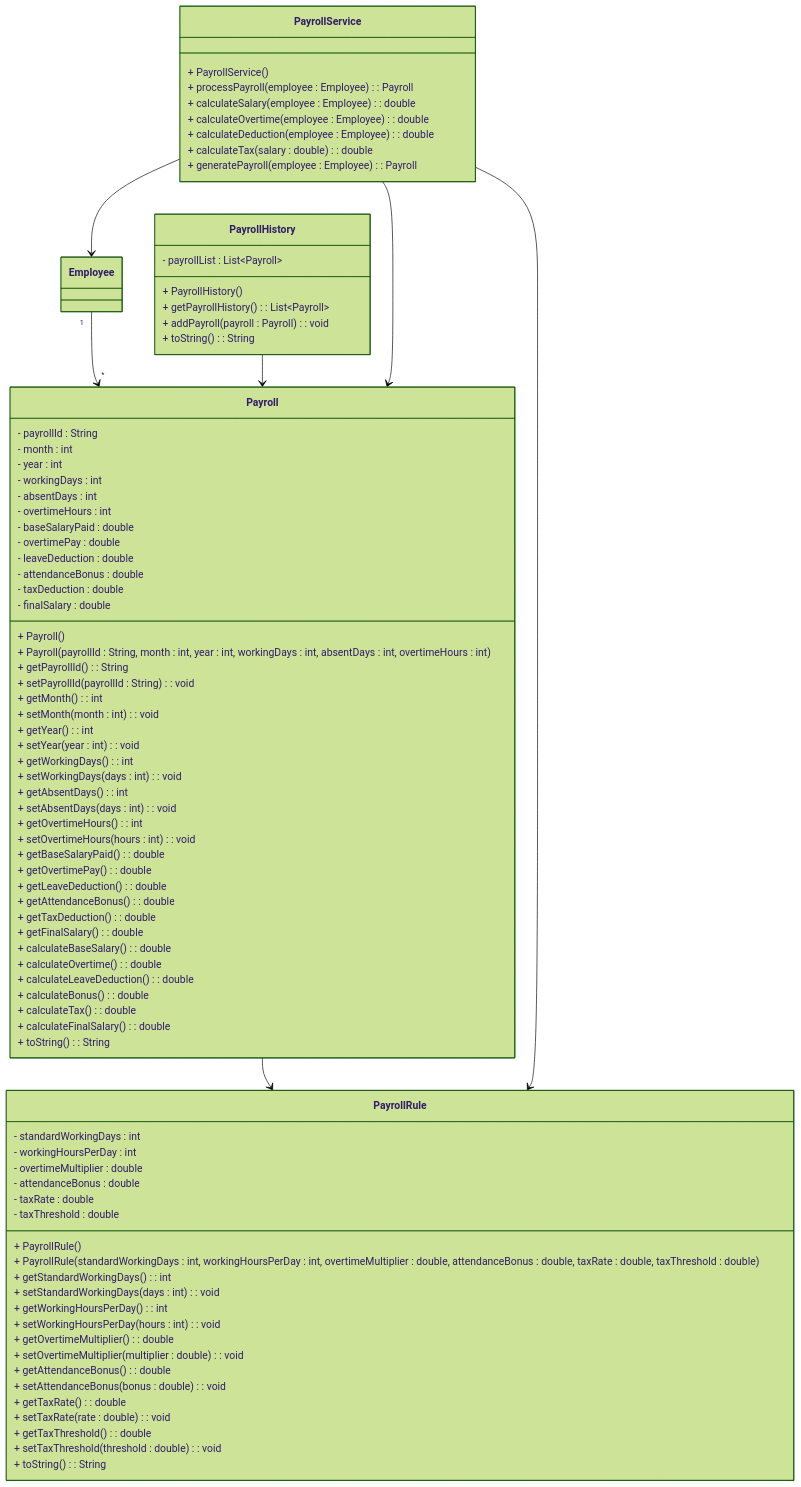
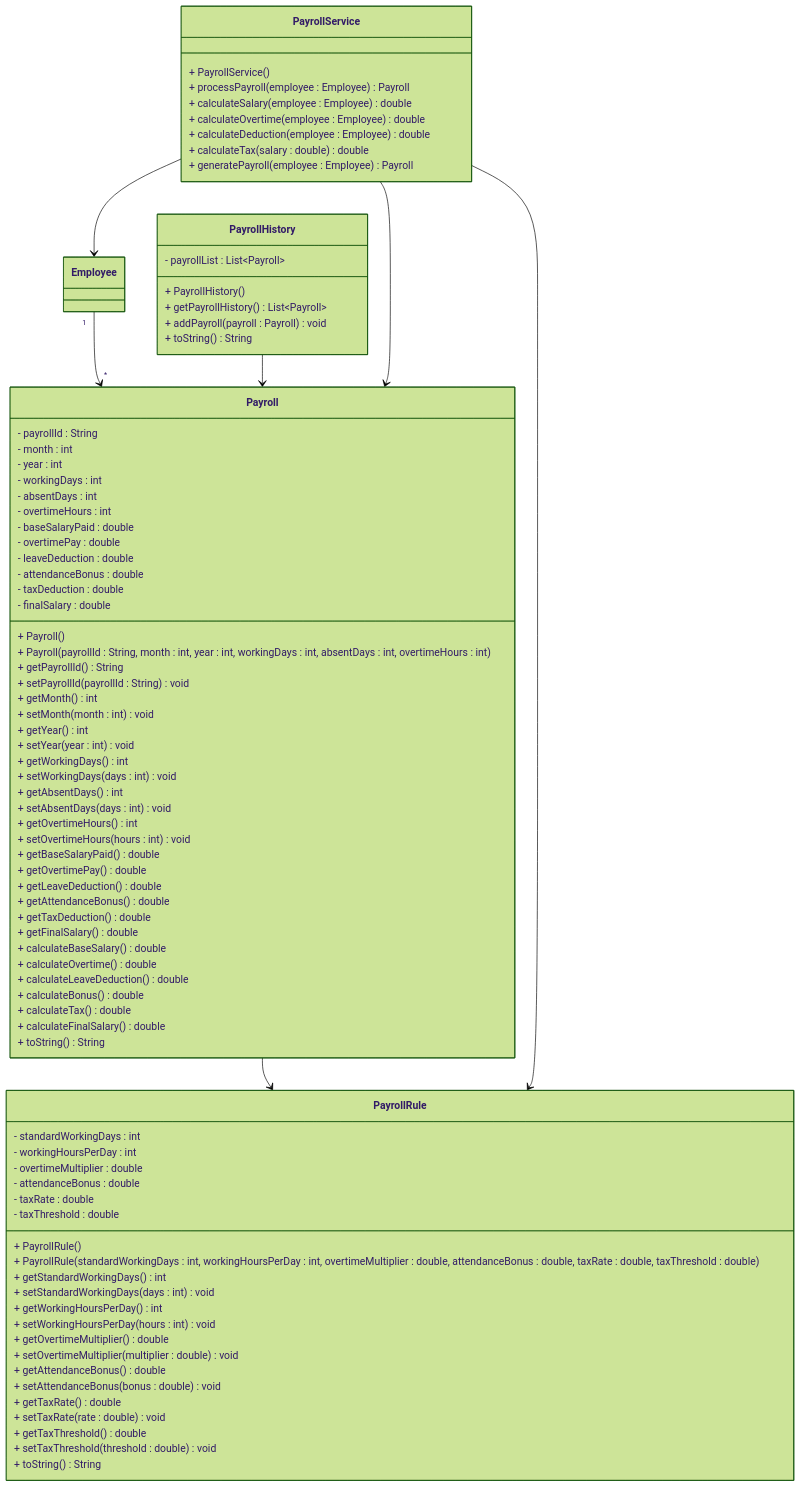
The diagram in docs/diagrams/class 4.md (kincrimson987/LAB211-Nhom-5), drawn with Mermaid (forest theme) before and after one commit.

Commit message:
Update class 4.md

```diff
--- a/docs/diagrams/class 4.md
+++ b/docs/diagrams/class 4.md
@@ -19,39 +19,39 @@
     + Payroll()
     + Payroll(payrollId : String, month : int, year : int, workingDays : int, absentDays : int, overtimeHours : int)
 
-    + getPayrollId() : String
-    + setPayrollId(payrollId : String) : void
+    + getPayrollId() String
+    + setPayrollId(payrollId : String) void
 
-    + getMonth() : int
-    + setMonth(month : int) : void
+    + getMonth() int
+    + setMonth(month : int) void
 
-    + getYear() : int
-    + setYear(year : int) : void
+    + getYear() int
+    + setYear(year : int) void
 
-    + getWorkingDays() : int
-    + setWorkingDays(days : int) : void
+    + getWorkingDays() int
+    + setWorkingDays(days : int) void
 
-    + getAbsentDays() : int
-    + setAbsentDays(days : int) : void
+    + getAbsentDays() int
+    + setAbsentDays(days : int) void
 
-    + getOvertimeHours() : int
-    + setOvertimeHours(hours : int) : void
+    + getOvertimeHours() int
+    + setOvertimeHours(hours : int) void
 
-    + getBaseSalaryPaid() : double
-    + getOvertimePay() : double
-    + getLeaveDeduction() : double
-    + getAttendanceBonus() : double
-    + getTaxDeduction() : double
-    + getFinalSalary() : double
+    + getBaseSalaryPaid() double
+    + getOvertimePay() double
+    + getLeaveDeduction() double
+    + getAttendanceBonus() double
+    + getTaxDeduction() double
+    + getFinalSalary() double
 
-    + calculateBaseSalary() : double
-    + calculateOvertime() : double
-    + calculateLeaveDeduction() : double
-    + calculateBonus() : double
-    + calculateTax() : double
-    + calculateFinalSalary() : double
+    + calculateBaseSalary() double
+    + calculateOvertime() double
+    + calculateLeaveDeduction() double
+    + calculateBonus() double
+    + calculateTax() double
+    + calculateFinalSalary() double
 
-    + toString() : String
+    + toString() String
 }
 
 class PayrollRule {
@@ -65,25 +65,25 @@
     + PayrollRule()
     + PayrollRule(standardWorkingDays : int, workingHoursPerDay : int, overtimeMultiplier : double, attendanceBonus : double, taxRate : double, taxThreshold : double)
 
-    + getStandardWorkingDays() : int
-    + setStandardWorkingDays(days : int) : void
+    + getStandardWorkingDays() int
+    + setStandardWorkingDays(days : int) void
 
-    + getWorkingHoursPerDay() : int
-    + setWorkingHoursPerDay(hours : int) : void
+    + getWorkingHoursPerDay() int
+    + setWorkingHoursPerDay(hours : int) void
 
-    + getOvertimeMultiplier() : double
-    + setOvertimeMultiplier(multiplier : double) : void
+    + getOvertimeMultiplier() double
+    + setOvertimeMultiplier(multiplier : double) void
 
-    + getAttendanceBonus() : double
-    + setAttendanceBonus(bonus : double) : void
+    + getAttendanceBonus() double
+    + setAttendanceBonus(bonus : double) void
 
-    + getTaxRate() : double
-    + setTaxRate(rate : double) : void
+    + getTaxRate() double
+    + setTaxRate(rate : double) void
 
-    + getTaxThreshold() : double
-    + setTaxThreshold(threshold : double) : void
+    + getTaxThreshold() double
+    + setTaxThreshold(threshold : double) void
 
-    + toString() : String
+    + toString() String
 }
 
 class PayrollHistory {
@@ -91,20 +91,20 @@
 
     + PayrollHistory()
 
-    + getPayrollHistory() : List~Payroll~
-    + addPayroll(payroll : Payroll) : void
+    + getPayrollHistory() List~Payroll~
+    + addPayroll(payroll : Payroll) void
 
-    + toString() : String
+    + toString() String
 }
 
 class PayrollService {
     + PayrollService()
-    + processPayroll(employee : Employee) : Payroll
-    + calculateSalary(employee : Employee) : double
-    + calculateOvertime(employee : Employee) : double
-    + calculateDeduction(employee : Employee) : double
-    + calculateTax(salary : double) : double
-    + generatePayroll(employee : Employee) : Payroll
+    + processPayroll(employee : Employee) Payroll
+    + calculateSalary(employee : Employee) double
+    + calculateOvertime(employee : Employee) double
+    + calculateDeduction(employee : Employee) double
+    + calculateTax(salary : double) double
+    + generatePayroll(employee : Employee) Payroll
 }
 
 Employee "1" --> "*" Payroll
```
